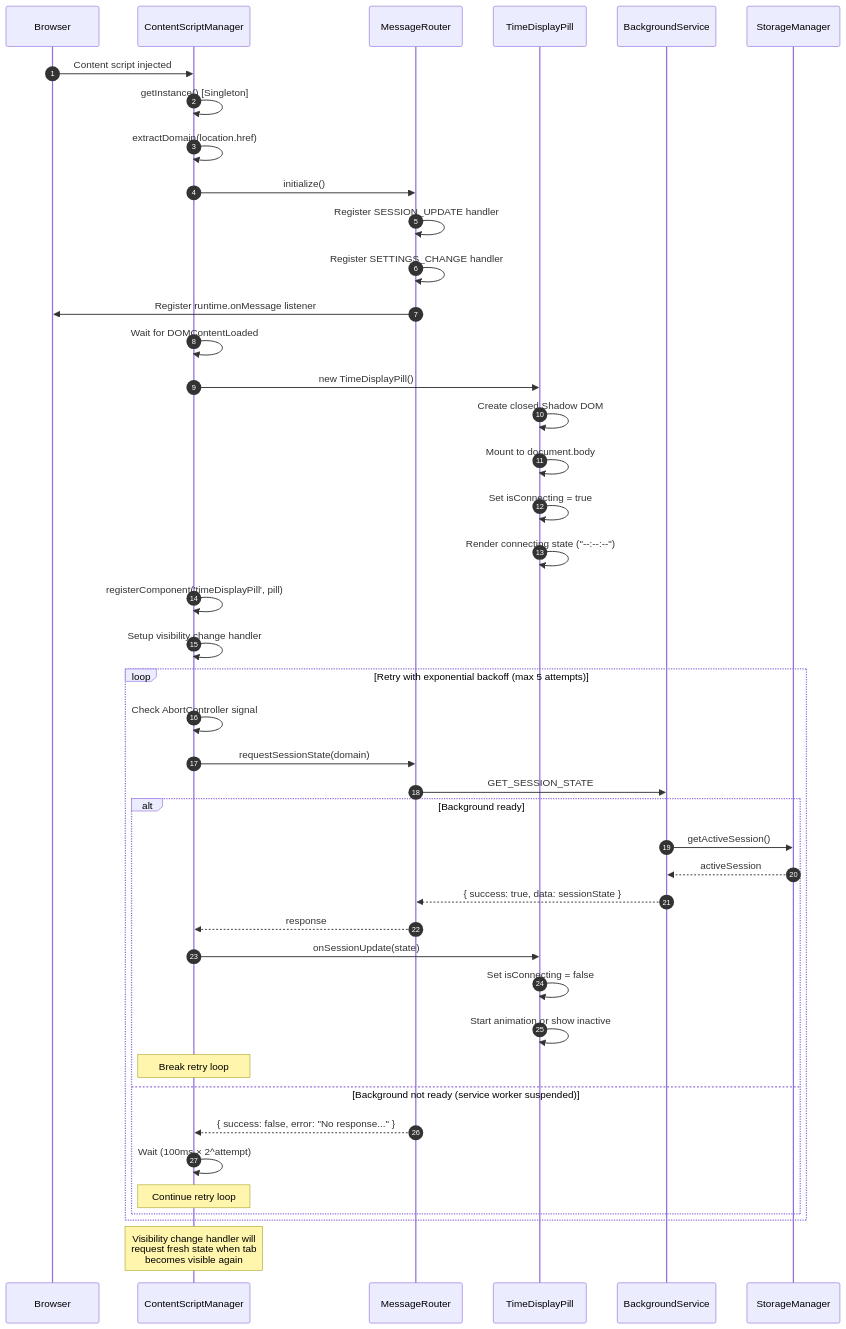
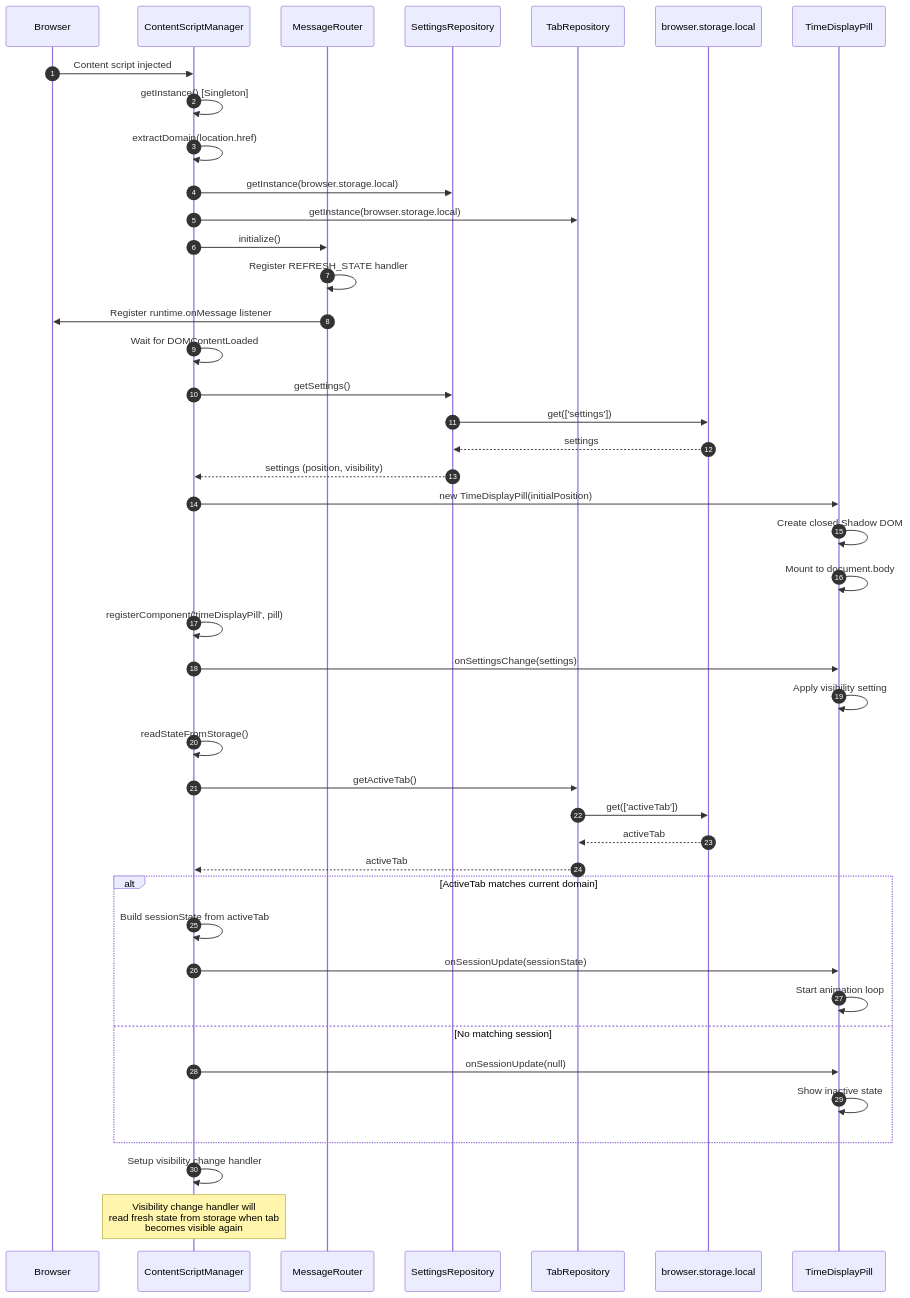
The seventh of 11 diagrams in docs/architecture-sequences.md (JayDosunmu/web-time-tracker), drawn with Mermaid before and after one commit. The commit also changed other lines of this file and 4 other files, not shown here.

Commit message:
Update architecture documentation

````diff
--- a/docs/architecture-sequences.md
+++ b/docs/architecture-sequences.md
@@ -338,53 +342,56 @@
 ```mermaid
 sequenceDiagram
     autonumber
     participant Browser as Browser
     participant CSM as ContentScriptManager
     participant MR as MessageRouter
+    participant SR as SettingsRepository
+    participant TR as TabRepository
+    participant Storage as browser.storage.local
     participant TDP as TimeDisplayPill
-    participant BS as BackgroundService
-    participant SM as StorageManager
 
     Browser->>CSM: Content script injected
     CSM->>CSM: getInstance() [Singleton]
     CSM->>CSM: extractDomain(location.href)
 
+    CSM->>SR: getInstance(browser.storage.local)
+    CSM->>TR: getInstance(browser.storage.local)
+
     CSM->>MR: initialize()
-    MR->>MR: Register SESSION_UPDATE handler
-    MR->>MR: Register SETTINGS_CHANGE handler
+    MR->>MR: Register REFRESH_STATE handler
     MR->>Browser: Register runtime.onMessage listener
 
     CSM->>CSM: Wait for DOMContentLoaded
 
-    CSM->>TDP: new TimeDisplayPill()
+    CSM->>SR: getSettings()
+    SR->>Storage: get(['settings'])
+    Storage-->>SR: settings
+    SR-->>CSM: settings (position, visibility)
+
+    CSM->>TDP: new TimeDisplayPill(initialPosition)
     TDP->>TDP: Create closed Shadow DOM
     TDP->>TDP: Mount to document.body
-    TDP->>TDP: Set isConnecting = true
-    TDP->>TDP: Render connecting state ("--:--:--")
 
     CSM->>CSM: registerComponent('timeDisplayPill', pill)
+    CSM->>TDP: onSettingsChange(settings)
+    TDP->>TDP: Apply visibility setting
+
+    CSM->>CSM: readStateFromStorage()
+    CSM->>TR: getActiveTab()
+    TR->>Storage: get(['activeTab'])
+    Storage-->>TR: activeTab
+    TR-->>CSM: activeTab
+
+    alt ActiveTab matches current domain
+        CSM->>CSM: Build sessionState from activeTab
+        CSM->>TDP: onSessionUpdate(sessionState)
+        TDP->>TDP: Start animation loop
+    else No matching session
+        CSM->>TDP: onSessionUpdate(null)
+        TDP->>TDP: Show inactive state
+    end
+
     CSM->>CSM: Setup visibility change handler
 
-    loop Retry with exponential backoff (max 5 attempts)
-        CSM->>CSM: Check AbortController signal
-        CSM->>MR: requestSessionState(domain)
-        MR->>BS: GET_SESSION_STATE
-
-        alt Background ready
-            BS->>SM: getActiveSession()
-            SM-->>BS: activeSession
-            BS-->>MR: { success: true, data: sessionState }
-            MR-->>CSM: response
-            CSM->>TDP: onSessionUpdate(state)
-            TDP->>TDP: Set isConnecting = false
-            TDP->>TDP: Start animation or show inactive
-            Note over CSM: Break retry loop
-        else Background not ready (service worker suspended)
-            MR-->>CSM: { success: false, error: "No response..." }
-            CSM->>CSM: Wait (100ms × 2^attempt)
-            Note over CSM: Continue retry loop
-        end
-    end
-
-    Note over CSM: Visibility change handler will<br/>request fresh state when tab<br/>becomes visible again
+    Note over CSM: Visibility change handler will<br/>read fresh state from storage when tab<br/>becomes visible again
 ```
````
